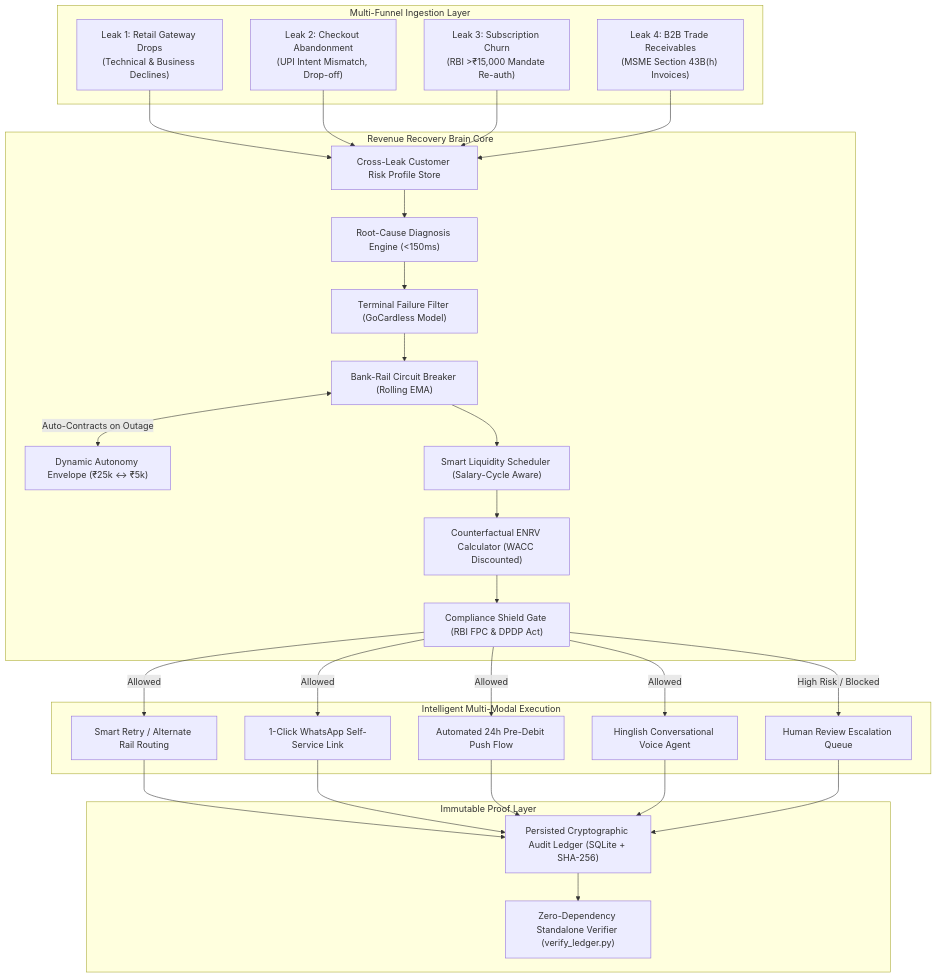
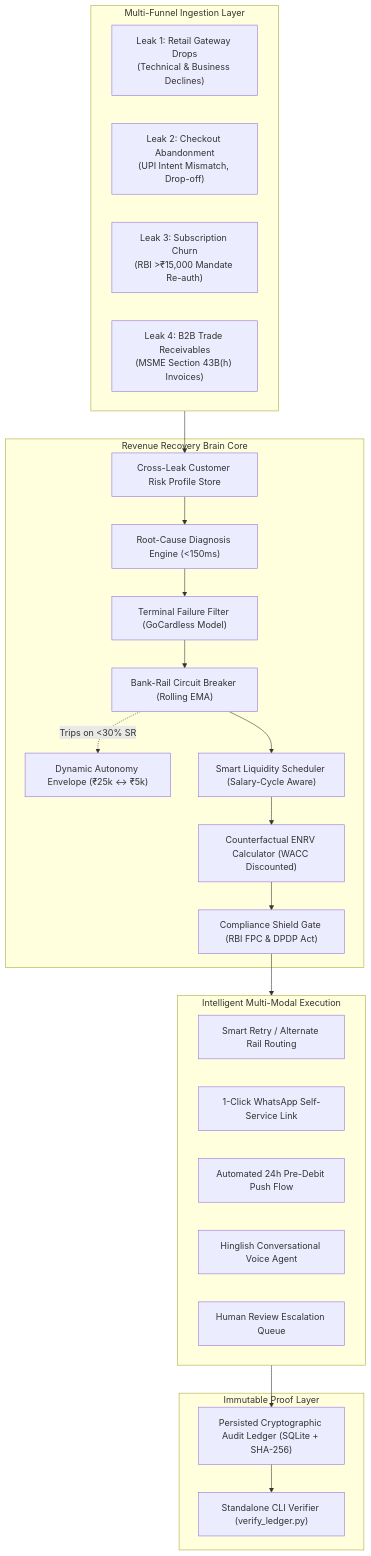
The diagram in README.md (himanshu-2l/Razorpay-Recovery-Brain), drawn with Mermaid before and after one commit. The commit also changed other lines of this file and 73 other files, not shown here.

````diff
--- a/README.md
+++ b/README.md
@@ -31,48 +22,45 @@
 ```mermaid
 flowchart TD
     subgraph INGESTION["Multi-Funnel Ingestion Layer"]
         L1["Leak 1: Retail Gateway Drops<br/>(Technical & Business Declines)"]
         L2["Leak 2: Checkout Abandonment<br/>(UPI Intent Mismatch, Drop-off)"]
         L3["Leak 3: Subscription Churn<br/>(RBI >₹15,000 Mandate Re-auth)"]
         L4["Leak 4: B2B Trade Receivables<br/>(MSME Section 43B(h) Invoices)"]
     end
 
     subgraph ENGINE["Revenue Recovery Brain Core"]
         CL["Cross-Leak Customer Risk Profile Store"]
         DE["Root-Cause Diagnosis Engine (<150ms)"]
         FF["Terminal Failure Filter (GoCardless Model)"]
         CB["Bank-Rail Circuit Breaker (Rolling EMA)"]
         AE["Dynamic Autonomy Envelope (₹25k ↔ ₹5k)"]
         SS["Smart Liquidity Scheduler (Salary-Cycle Aware)"]
         ENRV["Counterfactual ENRV Calculator (WACC Discounted)"]
         CG["Compliance Shield Gate (RBI FPC & DPDP Act)"]
     end
 
     subgraph EXECUTION["Intelligent Multi-Modal Execution"]
         R1["Smart Retry / Alternate Rail Routing"]
         R2["1-Click WhatsApp Self-Service Link"]
         R3["Automated 24h Pre-Debit Push Flow"]
         R4["Hinglish Conversational Voice Agent"]
         ESC["Human Review Escalation Queue"]
     end
 
     subgraph AUDIT["Immutable Proof Layer"]
         AL["Persisted Cryptographic Audit Ledger (SQLite + SHA-256)"]
-        CLI["Zero-Dependency Standalone Verifier (verify_ledger.py)"]
+        VL["Standalone CLI Verifier (verify_ledger.py)"]
     end
 
-    L1 & L2 & L3 & L4 --> CL
+    INGESTION --> CL
     CL --> DE
     DE --> FF
     FF --> CB
-    CB <-->|Auto-Contracts on Outage| AE
+    CB -.->|Trips on <30% SR| AE
     CB --> SS
     SS --> ENRV
     ENRV --> CG
-    
-    CG -->|Allowed| R1 & R2 & R3 & R4
-    CG -->|High Risk / Blocked| ESC
-    
-    R1 & R2 & R3 & R4 & ESC --> AL
-    AL --> CLI
+    CG --> EXECUTION
+    EXECUTION --> AL
+    AL --> VL
 ```
````
